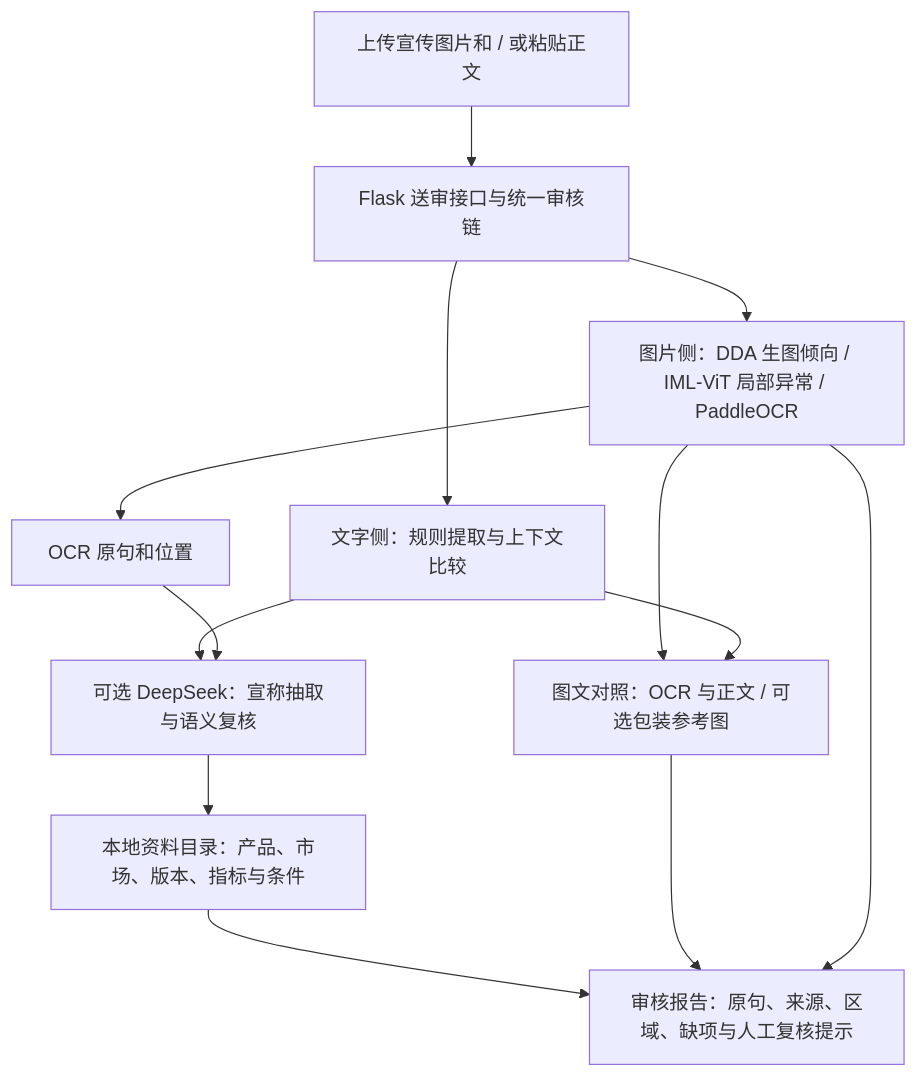
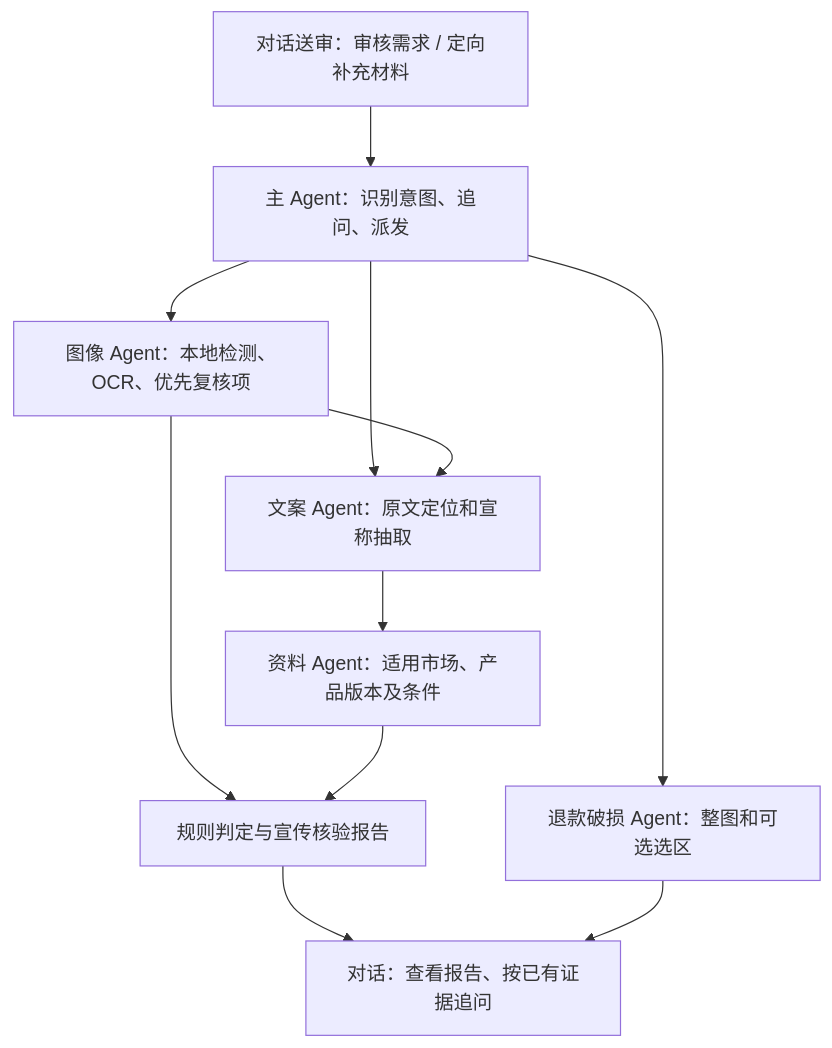
The diagram in README.md (566614/loreal-hackathon-beautyproof), drawn with Mermaid before and after one commit. The commit also changed other lines of this file, not shown here.

````diff
--- a/README.md
+++ b/README.md
@@ -34,15 +32,13 @@
 ```mermaid
 flowchart TD
-    A[上传宣传图片和 / 或粘贴正文] --> B[Flask 送审接口与统一审核链]
-    B --> C[图片侧：DDA 生图倾向 / IML-ViT 局部异常 / PaddleOCR]
-    B --> D[文字侧：规则提取与上下文比较]
-    C --> E[OCR 原句和位置]
-    D --> F[可选 DeepSeek：宣称抽取与语义复核]
-    E --> F
-    F --> G[本地资料目录：产品、市场、版本、指标与条件]
-    C --> H[图文对照：OCR 与正文 / 可选包装参考图]
-    D --> H
-    G --> I[审核报告：原句、来源、区域、缺项与人工复核提示]
-    H --> I
-    C --> I
+    A[对话送审：审核需求 / 定向补充材料] --> B[主 Agent：识别意图、追问、派发]
+    B --> C[图像 Agent：本地检测、OCR、优先复核项]
+    B --> D[文案 Agent：原文定位和宣称抽取]
+    B --> E[退款破损 Agent：整图和可选选区]
+    C --> D
+    D --> F[资料 Agent：适用市场、产品版本及条件]
+    C --> G[规则判定与宣传核验报告]
+    F --> G
+    G --> H[对话：查看报告、按已有证据追问]
+    E --> H
 ```
````
